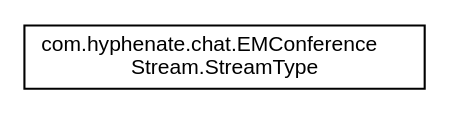
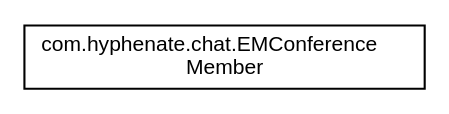
Before and after one commit to easemob/www.easemob.com: the diagram in static/apidoc/android/chat3.0/inherit_graph_34.dot, drawn with Graphviz. The commit also changed 345 other files, not shown here.

```diff
--- a/static/apidoc/android/chat3.0/inherit_graph_34.dot
+++ b/static/apidoc/android/chat3.0/inherit_graph_34.dot
@@ -1,7 +1,7 @@
 digraph "类继承关系图"
 {
   edge [fontname="Helvetica",fontsize="10",labelfontname="Helvetica",labelfontsize="10"];
   node [fontname="Helvetica",fontsize="10",shape=record];
   rankdir="LR";
-  Node1 [label="com.hyphenate.chat.EMConference\lStream.StreamType",height=0.2,width=0.4,color="black", fillcolor="white", style="filled",URL="$enumcom_1_1hyphenate_1_1chat_1_1EMConferenceStream_1_1StreamType.html"];
+  Node1 [label="com.hyphenate.chat.EMConference\lMember",height=0.2,width=0.4,color="black", fillcolor="white", style="filled",URL="$classcom_1_1hyphenate_1_1chat_1_1EMConferenceMember.html"];
 }
```
